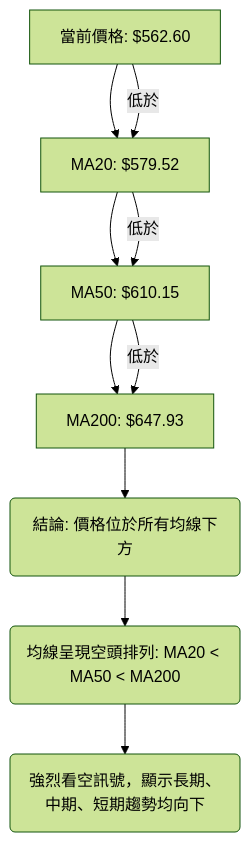
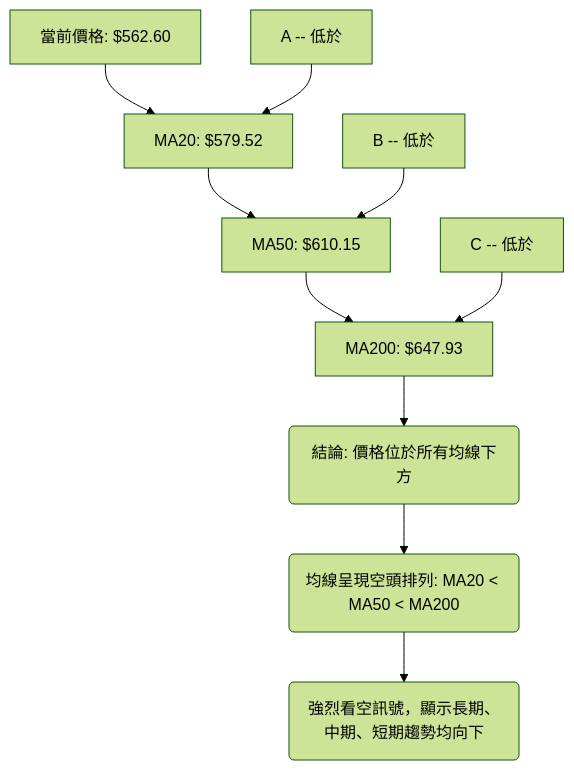
One commit to yennanliu/finance_data changed the seventh of 13 diagrams in ai_gen_report/stock/meta/technical_analysis_2026-06-30_gemini.md. Above: the diagram before and after it, drawn with Mermaid (forest theme). The commit also changed other lines of this file and 2258 other files, not shown here.

First line of the commit message:
chore: backfill Mermaid syntax repair across existing reports

````diff
--- a/ai_gen_report/stock/meta/technical_analysis_2026-06-30_gemini.md
+++ b/ai_gen_report/stock/meta/technical_analysis_2026-06-30_gemini.md
@@ -468,14 +468,14 @@
 ```mermaid
 graph TD
-    A[當前價格: $562.60] --> B[MA20: $579.52]
-    B --> C[MA50: $610.15]
-    C --> D[MA200: $647.93]
+    A["當前價格: $562.60"] --> B["MA20: $579.52"]
+    B --> C["MA50: $610.15"]
+    C --> D["MA200: $647.93"]
 
-    A -- 低於 --> B
-    B -- 低於 --> C
-    C -- 低於 --> D
+    nb1["A -- 低於"] --> B
+    nb2["B -- 低於"] --> C
+    nb3["C -- 低於"] --> D
 
-    D --> E(結論: 價格位於所有均線下方)
-    E --> F(均線呈現空頭排列: MA20 < MA50 < MA200)
-    F --> G(強烈看空訊號，顯示長期、中期、短期趨勢均向下)
+    D --> E("結論: 價格位於所有均線下方")
+    E --> F("均線呈現空頭排列: MA20 < MA50 < MA200")
+    F --> G("強烈看空訊號，顯示長期、中期、短期趨勢均向下")
 ```
````
